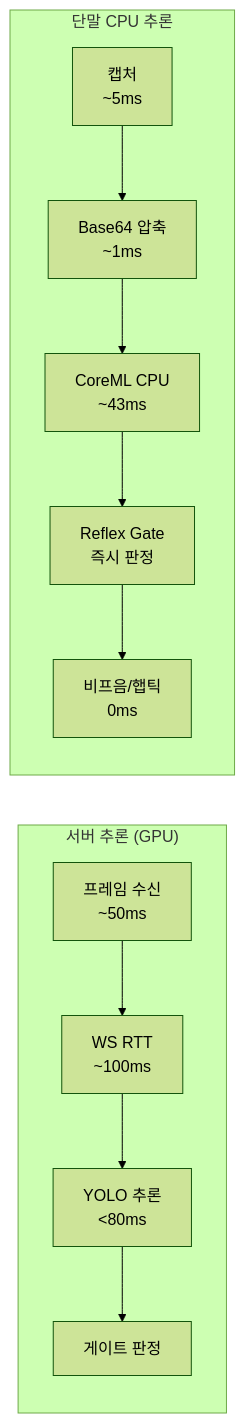
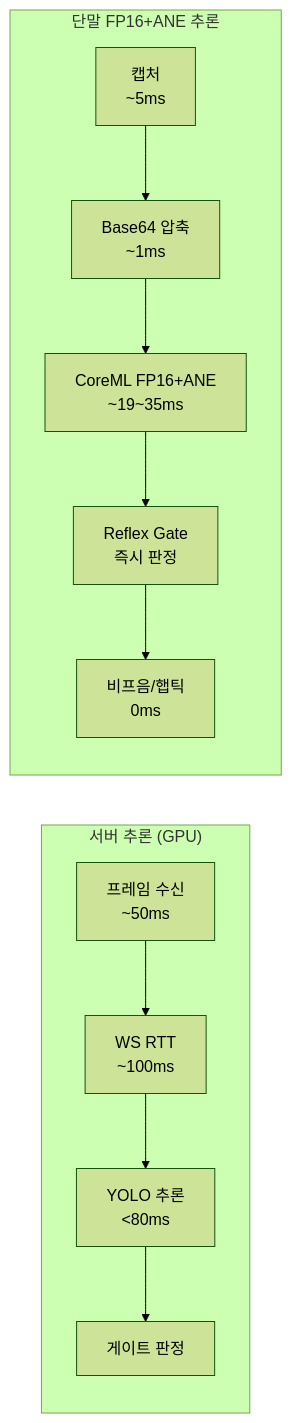
The diagram in docs/ops/ondevice_coreml_benchmark.md (Groog-sudo/Minchodan), drawn with Mermaid (forest theme) before and after one commit. The commit also changed other lines of this file and 2 other files, not shown here.

First line of the commit message:
docs: CoreML ANE 벤치마크·iOS 구현 설계서 정합화

````diff
--- a/docs/ops/ondevice_coreml_benchmark.md
+++ b/docs/ops/ondevice_coreml_benchmark.md
@@ -144,19 +171,19 @@
 ```mermaid
 graph LR
     subgraph Server ["서버 추론 (GPU)"]
         S1["프레임 수신<br/>~50ms"]
         S2["WS RTT<br/>~100ms"]
         S3["YOLO 추론<br/>&lt;80ms"]
         S4["게이트 판정"]
         S1 --> S2 --> S3 --> S4
     end
 
-    subgraph Device ["단말 CPU 추론"]
+    subgraph Device ["단말 FP16+ANE 추론"]
         D1["캡처<br/>~5ms"]
         D2["Base64 압축<br/>~1ms"]
-        D3["CoreML CPU<br/>~43ms"]
+        D3["CoreML FP16+ANE<br/>~19~35ms"]
         D4["Reflex Gate<br/>즉시 판정"]
         D5["비프음/햅틱<br/>0ms"]
         D1 --> D2 --> D3 --> D4 --> D5
     end
 ```
````
